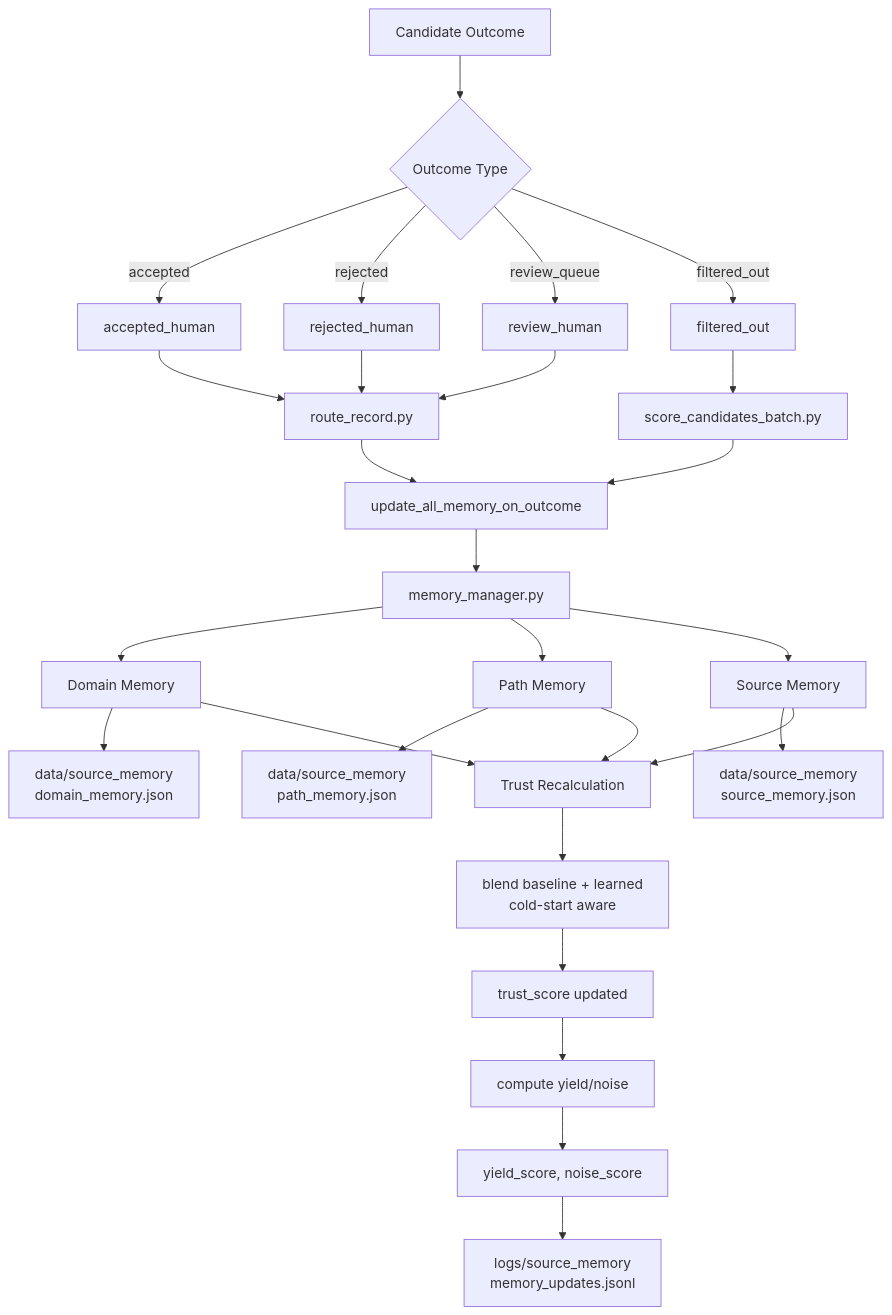
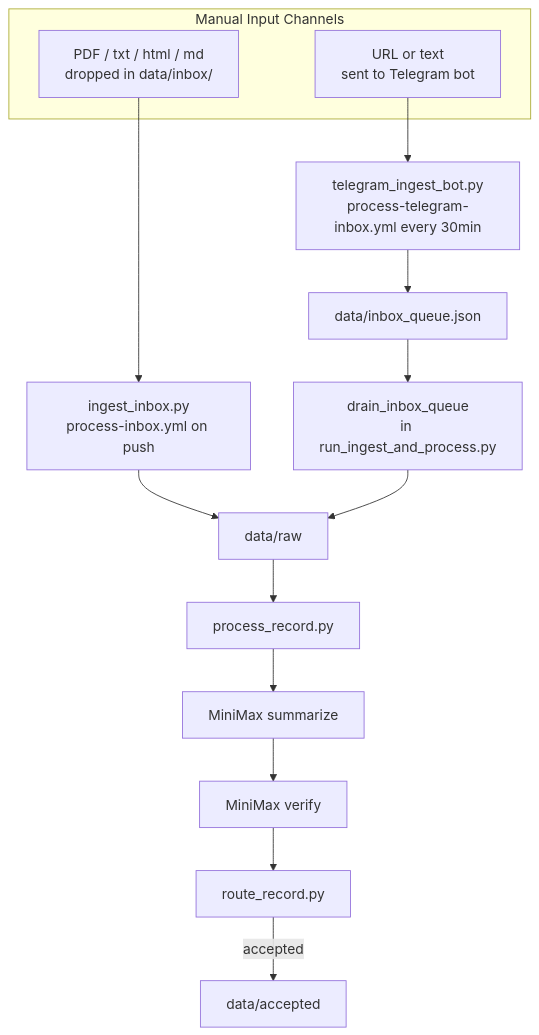
One commit to RishiJain905/Finance-Research-Archive changed the sixth of 16 diagrams in README.md. Above: the diagram before and after it, drawn with Mermaid. The commit also changed other lines of this file, not shown here.

First line of the commit message:
docs: update README for all 10 V3 phases complete with new mermaid diagrams

````diff
--- a/README.md
+++ b/README.md
@@ -394,39 +337,22 @@
 ```mermaid
 flowchart TD
-    A[Candidate Outcome] --> B{Outcome Type}
-    
-    B -->|accepted| C[accepted_human]
-    B -->|rejected| D[rejected_human]
-    B -->|review_queue| E[review_human]
-    B -->|filtered_out| F[filtered_out]
-    
-    C --> G[route_record.py]
-    D --> G
-    E --> G
-    F --> H[score_candidates_batch.py]
-    
-    G --> I[update_all_memory_on_outcome]
-    H --> I
-    
-    I --> J[memory_manager.py]
-    
-    J --> K[Domain Memory]
-    J --> L[Path Memory]
-    J --> M[Source Memory]
-    
-    K --> N[data/source_memory<br/>domain_memory.json]
-    L --> O[data/source_memory<br/>path_memory.json]
-    M --> P[data/source_memory<br/>source_memory.json]
-    
-    K --> Q[Trust Recalculation]
-    L --> Q
-    M --> Q
-    
-    Q --> R[blend baseline + learned<br/>cold-start aware]
-    R --> S[trust_score updated]
-    
-    S --> T[compute yield/noise]
-    T --> U[yield_score, noise_score]
-    
-    U --> V[logs/source_memory<br/>memory_updates.jsonl]
+    subgraph Manual [Manual Input Channels]
+        PDF[PDF / txt / html / md<br/>dropped in data/inbox/]
+        URL[URL or text<br/>sent to Telegram bot]
+    end
+
+    PDF --> INB[ingest_inbox.py<br/>process-inbox.yml on push]
+    URL --> TGB[telegram_ingest_bot.py<br/>process-telegram-inbox.yml every 30min]
+
+    TGB --> Q[data/inbox_queue.json]
+    Q --> DRAIN[drain_inbox_queue<br/>in run_ingest_and_process.py]
+
+    INB --> RAW[data/raw]
+    DRAIN --> RAW
+
+    RAW --> PR[process_record.py]
+    PR --> SUM[MiniMax summarize]
+    SUM --> VER[MiniMax verify]
+    VER --> RTE[route_record.py]
+    RTE -->|accepted| ACC[data/accepted]
 ```
````
